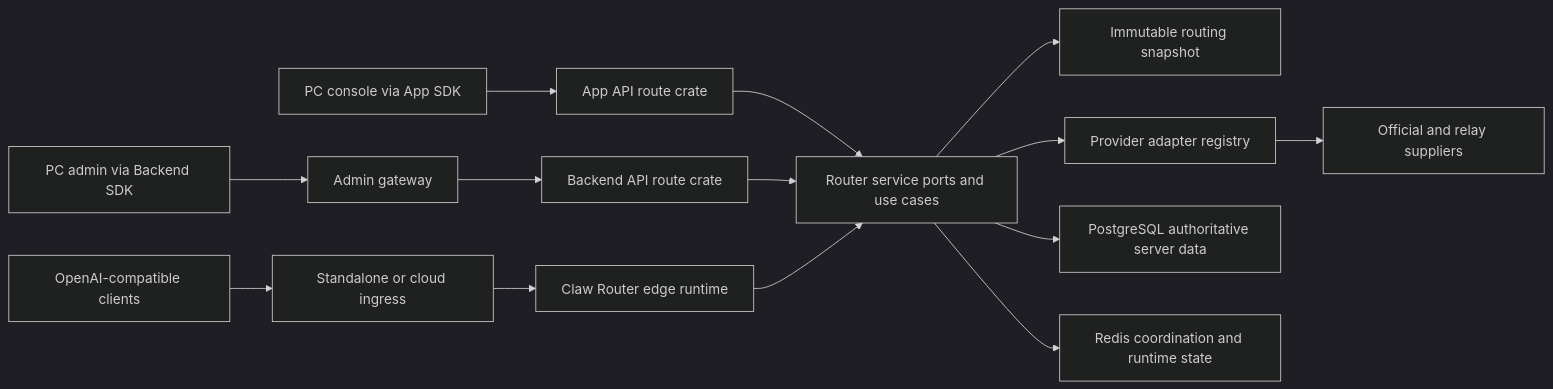
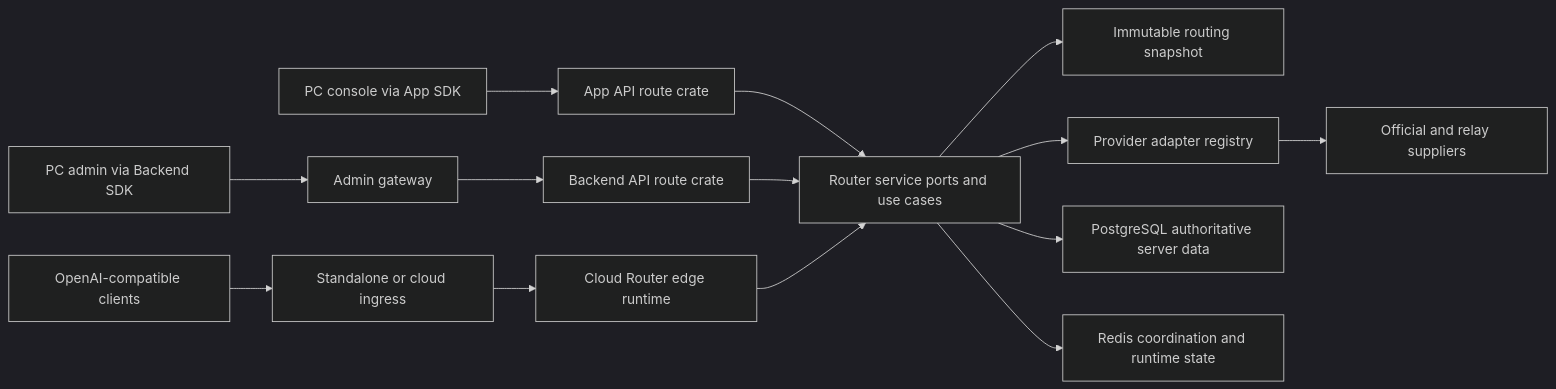
One commit to sdkwork-ai/sdkwork-cloudrouter changed the diagram in docs/architecture/tech/TECH_ARCHITECTURE.md. Above: the diagram before and after it, drawn with Mermaid (dark theme). The commit also changed other lines of this file and 11060 other files, not shown here.

````diff
--- a/docs/architecture/tech/TECH_ARCHITECTURE.md
+++ b/docs/architecture/tech/TECH_ARCHITECTURE.md
@@ -16,16 +16,16 @@
 ```mermaid
 flowchart LR
     client["OpenAI-compatible clients"] --> ingress["Standalone or cloud ingress"]
     admin["PC admin via Backend SDK"] --> adminGateway["Admin gateway"]
     app["PC console via App SDK"] --> appRoutes["App API route crate"]
     adminGateway --> backendRoutes["Backend API route crate"]
-    ingress --> edge["Claw Router edge runtime"]
+    ingress --> edge["Cloud Router edge runtime"]
     appRoutes --> service["Router service ports and use cases"]
     backendRoutes --> service
     edge --> service
     service --> snapshot["Immutable routing snapshot"]
     service --> adapters["Provider adapter registry"]
     adapters --> suppliers["Official and relay suppliers"]
     service --> postgres["PostgreSQL authoritative server data"]
     service --> redis["Redis coordination and runtime state"]
 ```
````
